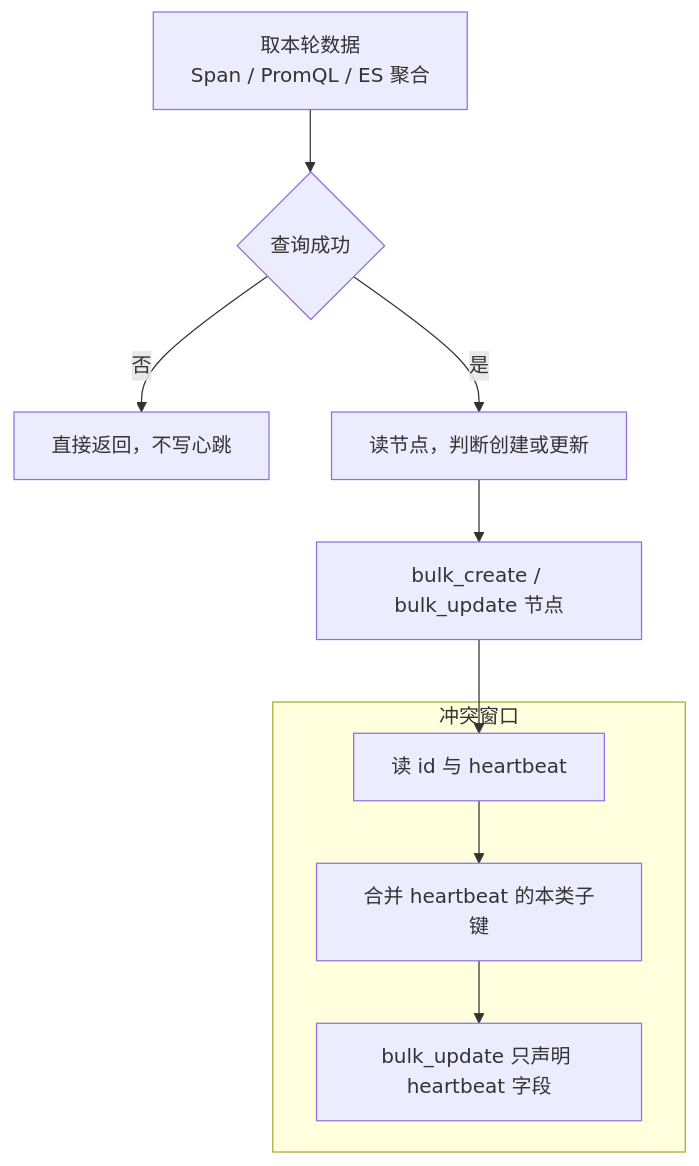
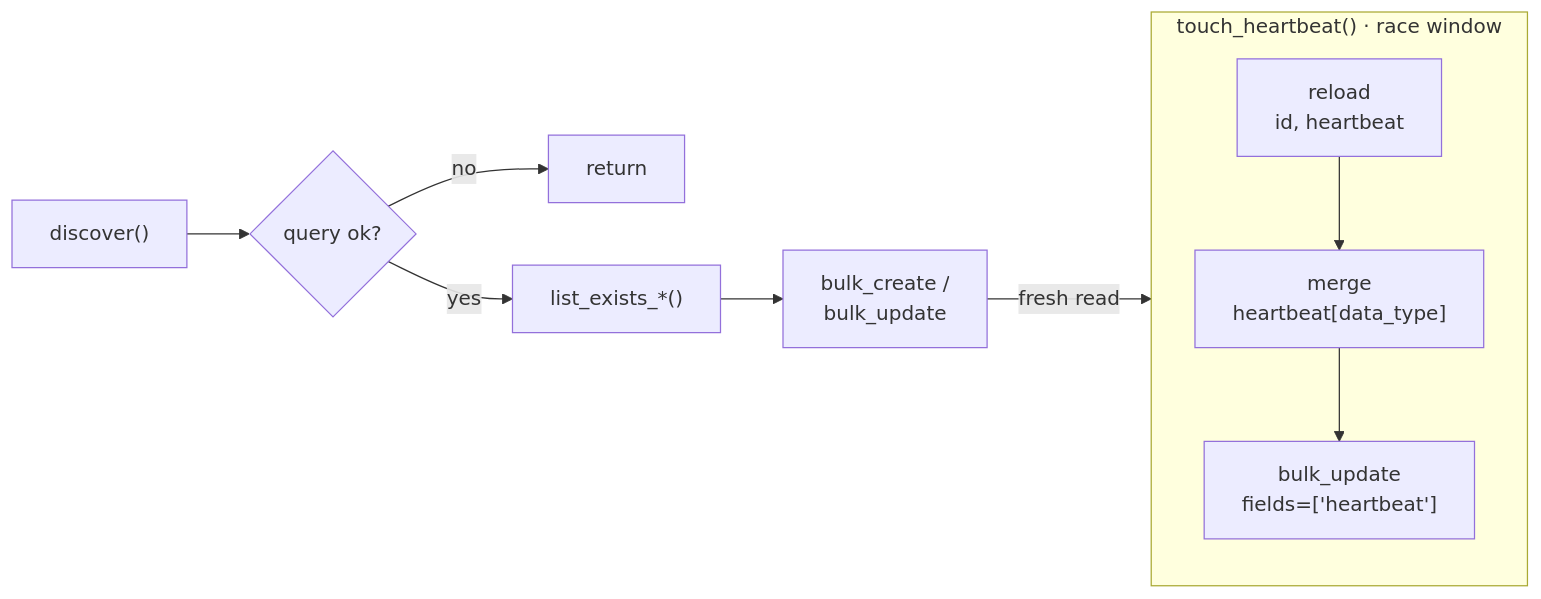
The second of 2 diagrams in knowledge/bkmonitor/issues/2026-09-16-apm-service-data-status-heartbeat/PLAN.md (ZhuoZhuoCrayon/ai-workspace), drawn with Mermaid before and after one commit. The commit also changed other lines of this file, not shown here.

Commit message:
docs(issue): refine APM heartbeat scope and write flow

````diff
--- a/knowledge/bkmonitor/issues/2026-09-16-apm-service-data-status-heartbeat/PLAN.md
+++ b/knowledge/bkmonitor/issues/2026-09-16-apm-service-data-status-heartbeat/PLAN.md
@@ -286,16 +286,14 @@
 ```mermaid
-flowchart TD
-    A["取本轮数据<br/>Span / PromQL / ES 聚合"] --> B{"查询成功"}
-    B -- "否" --> X["直接返回，不写心跳"]
-    B -- "是" --> C["读节点，判断创建或更新"]
-    C --> D["bulk_create / bulk_update 节点"]
-    D --> E["读 id 与 heartbeat"]
-    E --> F["合并 heartbeat 的本类子键"]
-    F --> G["bulk_update 只声明 heartbeat 字段"]
+flowchart LR
+    A["discover()"] --> B{"query ok?"}
+    B -- no --> X["return"]
+    B -- yes --> C["list_exists_*()"]
+    C --> D["bulk_create /<br/>bulk_update"]
+    D -->|"fresh read"| E
 
-    subgraph W["冲突窗口"]
-        E
-        F
-        G
+    subgraph T["touch_heartbeat() · race window"]
+        direction TB
+        E["reload<br/>id, heartbeat"] --> F["merge<br/>heartbeat[data_type]"]
+        F --> G["bulk_update<br/>fields=['heartbeat']"]
     end
 ```
````
